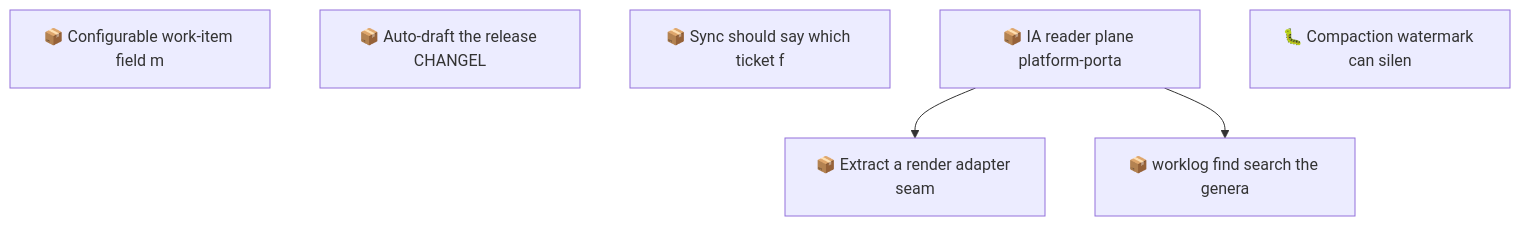
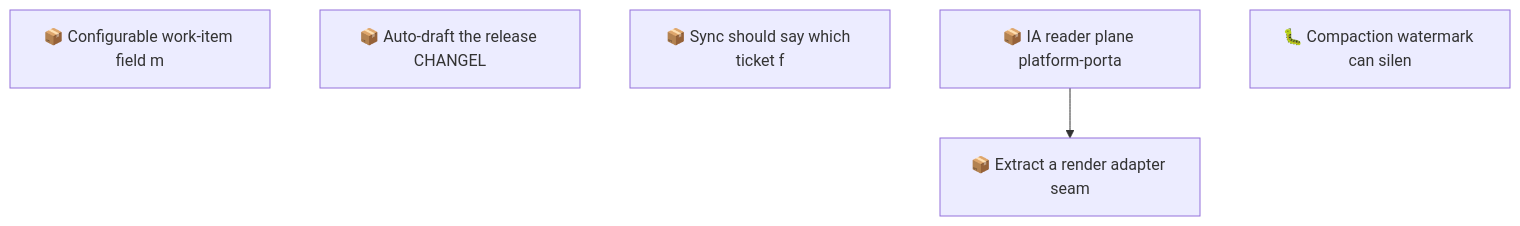
The second of 2 diagrams in docs/roadmap.md (SpillwaveSolutions/wiki_ticket_sdd), drawn with Mermaid before and after one commit. The commit also changed other lines of this file and 12 other files, not shown here.

````diff
--- a/docs/roadmap.md
+++ b/docs/roadmap.md
@@ -69,12 +66,10 @@
 ```mermaid
 graph TD
     01KY5NE0ZYGBWG44N0KPEBFCZ8["📦 Configurable work-item field m"]
     01KYAC0AC01R4C6W7YY1X8NVRV["📦 Auto-draft the release CHANGEL"]
     01KYNHEVDSD4BTASXCTV88Q80Q["📦 Sync should say which ticket f"]
     01KYWGM3KPNQNSWV03FRG23ADB["📦 IA reader plane platform-porta"]
     01KYWGM3R13Q33YZ3PJA3V7QMD["📦 Extract a render adapter seam"]
-    01KYWGM3W958F3QK4HB52X1Q1X["📦 worklog find search the genera"]
     01KYZ5CY9PS60BYH1E07DF5C9P["🐛 Compaction watermark can silen"]
     01KYWGM3KPNQNSWV03FRG23ADB --> 01KYWGM3R13Q33YZ3PJA3V7QMD
-    01KYWGM3KPNQNSWV03FRG23ADB --> 01KYWGM3W958F3QK4HB52X1Q1X
 ```
````
